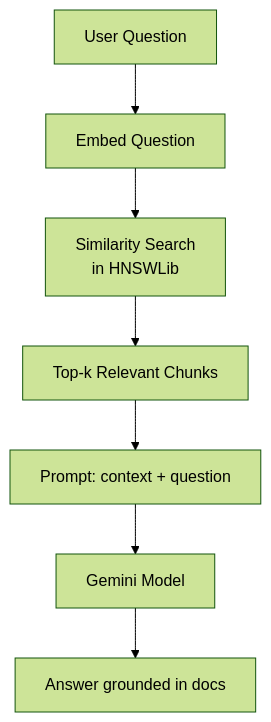
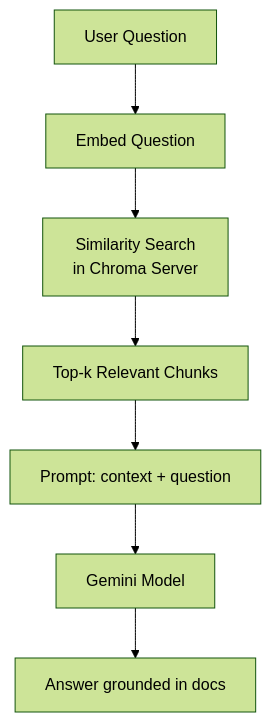
One commit to subham-dev-hash/Backend_Interview changed the fifth of 6 diagrams in gen-ai/docs/docbot.md. Above: the diagram before and after it, drawn with Mermaid (forest theme). The commit also changed other lines of this file and 3 other files, not shown here.

````diff
--- a/gen-ai/docs/docbot.md
+++ b/gen-ai/docs/docbot.md
@@ -413,9 +446,9 @@
 ```mermaid
 flowchart TD
     Q[User Question] --> E[Embed Question]
-    E --> R[Similarity Search<br/>in HNSWLib]
+    E --> R[Similarity Search<br/>in Chroma Server]
     R --> C[Top-k Relevant Chunks]
     C --> P[Prompt: context + question]
     P --> M[Gemini Model]
     M --> A[Answer grounded in docs]
 ```
````
